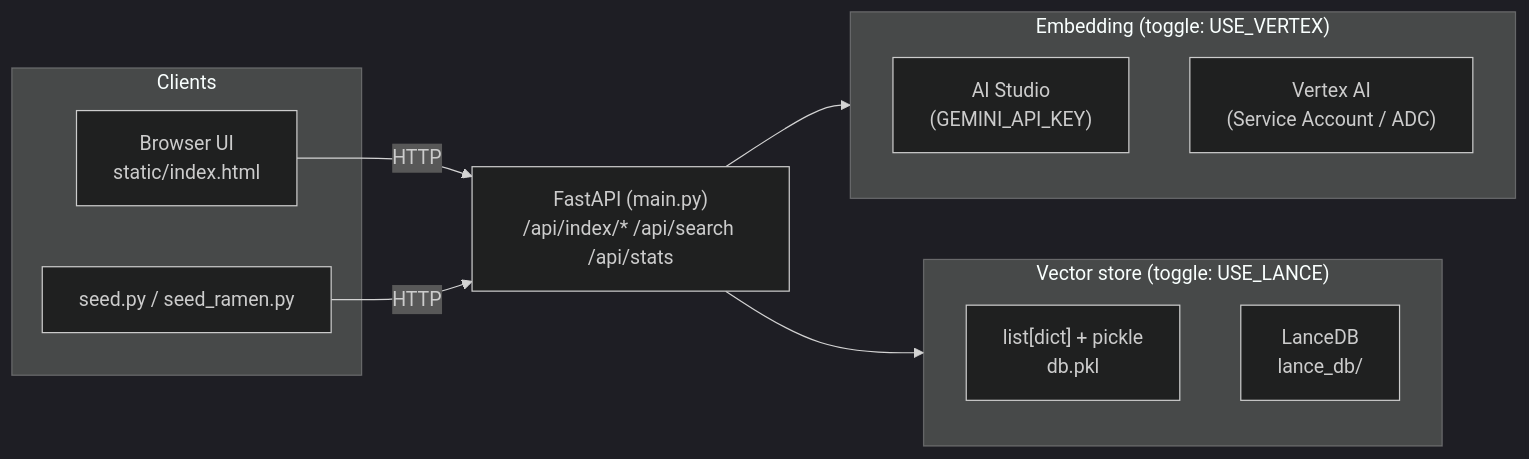
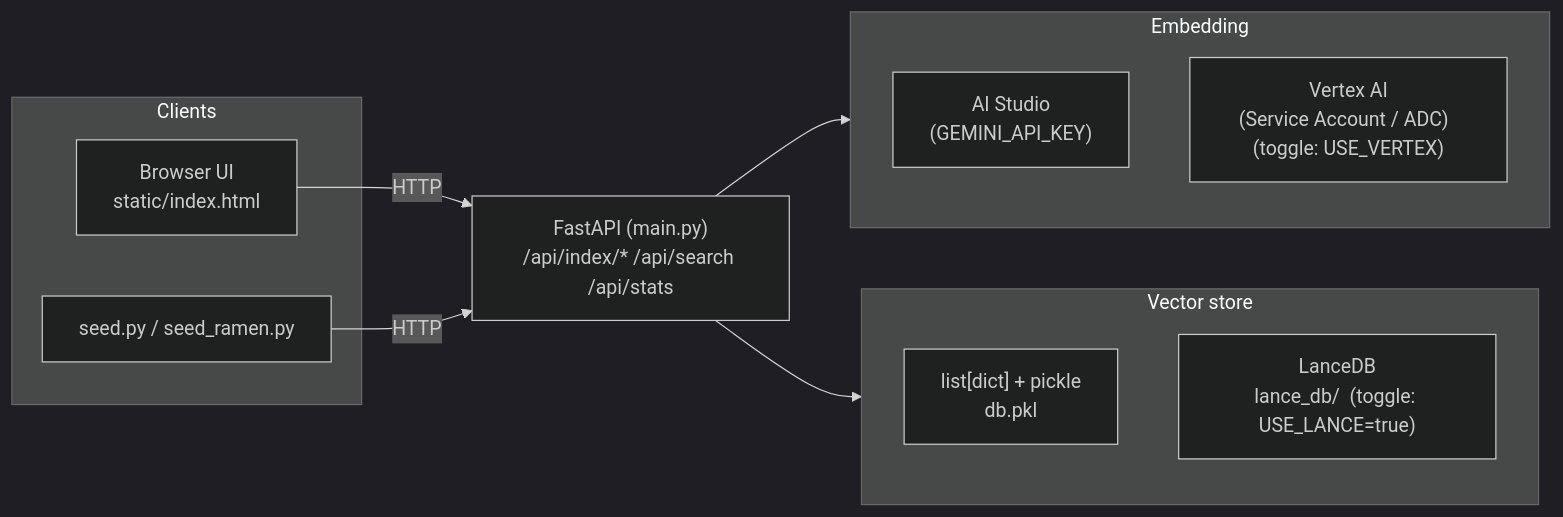
The first of 2 diagrams in README.md (tsho/2026-bwai-gemini-embeddings), drawn with Mermaid (dark theme) before and after one commit. The commit also changed other lines of this file, not shown here.

Commit message:
Fix Lance node label in Mermaid diagram
The (toggle: USE_LANCE=true) annotation was outside the quoted label,
which breaks GitHub's Mermaid renderer. Moved it inside the quotes to
match the Vertex node style. Same fix applied to the diagram in the
English half of README.

````diff
--- a/README.md
+++ b/README.md
@@ -127,24 +127,24 @@
 ```mermaid
 flowchart LR
     subgraph Clients
         Browser["Browser UI<br/>static/index.html"]
         Seed["seed.py / seed_ramen.py"]
     end
 
     Endpoints["FastAPI (main.py)<br/>/api/index/* /api/search /api/stats"]
 
-    subgraph Embedding["Embedding (toggle: USE_VERTEX)"]
+    subgraph Embedding["Embedding"]
         AIStudio["AI Studio<br/>(GEMINI_API_KEY)"]
-        Vertex["Vertex AI<br/>(Service Account / ADC)"]
+        Vertex["Vertex AI<br/>(Service Account / ADC)  (toggle: USE_VERTEX)"]
     end
 
-    subgraph VectorDB["Vector store (toggle: USE_LANCE)"]
+    subgraph VectorDB["Vector store"]
         Memory["list[dict] + pickle<br/>db.pkl"]
-        Lance["LanceDB<br/>lance_db/"]
+        Lance["LanceDB<br/>lance_db/  (toggle: USE_LANCE=true)"]
     end
 
     Browser -->|HTTP| Endpoints
     Seed -->|HTTP| Endpoints
     Endpoints --> Embedding
     Endpoints --> VectorDB
 ```
````
